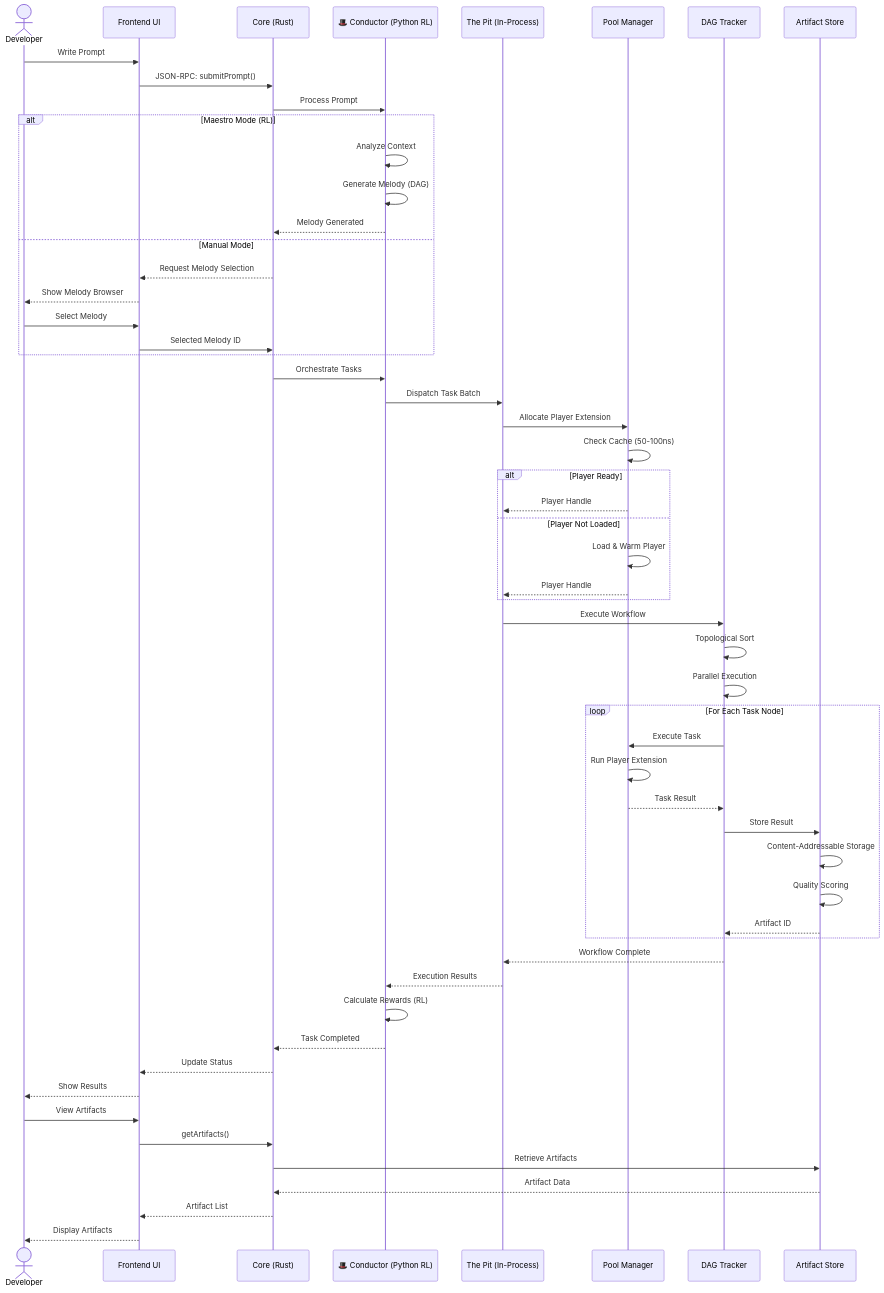
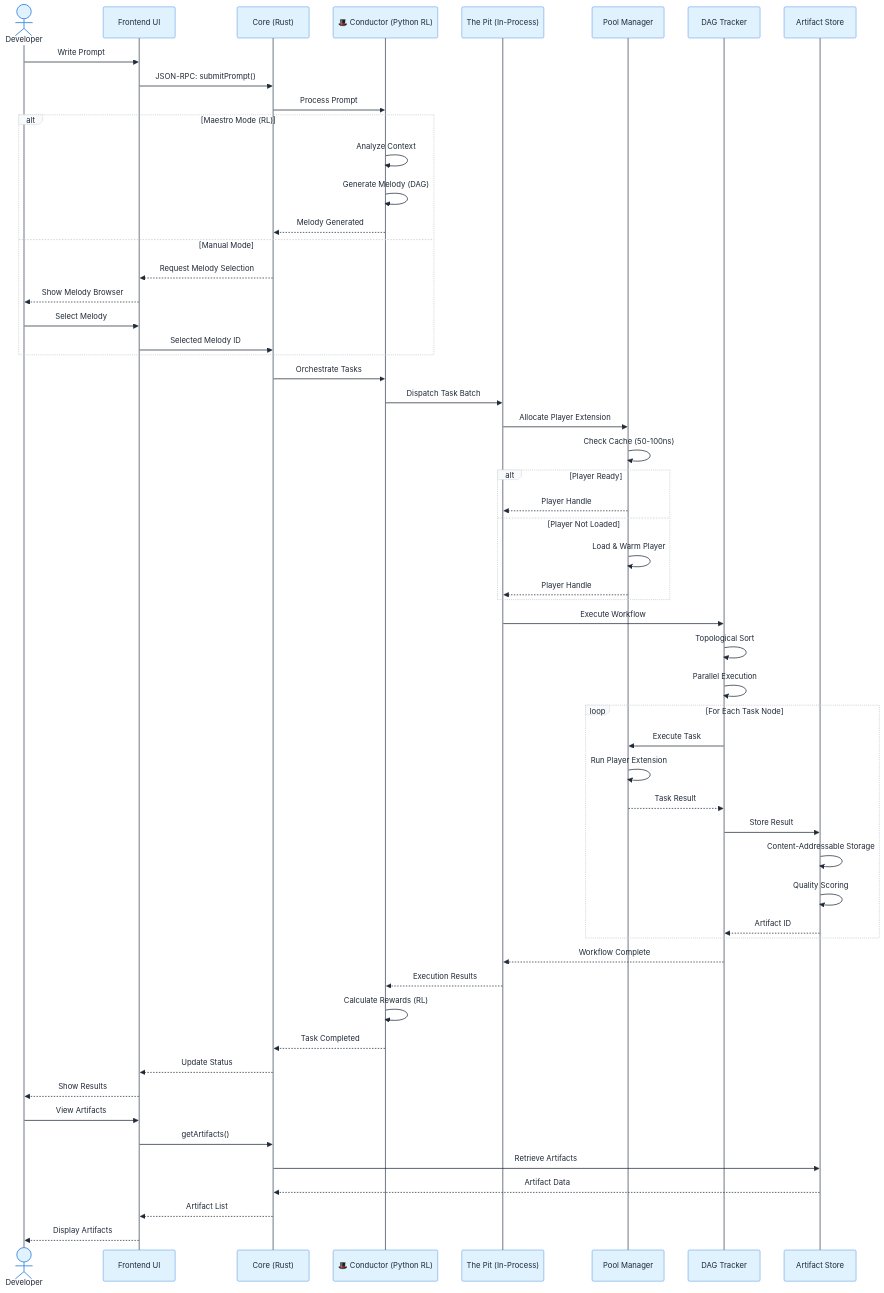
Before and after one commit to Symphony-aide/Symphony: the first of 9 diagrams in SEQUENCE_DIAGRAM.md, drawn with Mermaid. The commit also changed 2 other files, not shown here.

Commit message:
good styling

````diff
--- a/SEQUENCE_DIAGRAM.md
+++ b/SEQUENCE_DIAGRAM.md
@@ -34,66 +34,67 @@
 ```mermaid
+%%{init: {'theme':'base', 'themeVariables': { 'actorBkg':'#e0f2fe', 'actorBorder':'#4a90e2', 'actorTextColor':'#1f2937', 'actorLineColor':'#6b7280', 'signalColor':'#1f2937', 'signalTextColor':'#1f2937', 'labelBoxBkgColor':'#f9fafb', 'labelBoxBorderColor':'#d1d5db', 'labelTextColor':'#1f2937', 'loopTextColor':'#1f2937', 'noteBorderColor':'#4a90e2', 'noteBkgColor':'#f0f9ff', 'noteTextColor':'#1f2937', 'activationBorderColor':'#4a90e2', 'activationBkgColor':'#e0f2fe', 'sequenceNumberColor':'#ffffff'}}}%%
 sequenceDiagram
     actor Dev as Developer
     participant UI as Frontend UI
     participant Core as Core (Rust)
     participant Conductor as 🎩 Conductor (Python RL)
     participant Pit as The Pit (In-Process)
     participant PoolMgr as Pool Manager
     participant DAG as DAG Tracker
     participant Artifact as Artifact Store
     
     Dev->>UI: Write Prompt
     UI->>Core: JSON-RPC: submitPrompt()
     Core->>Conductor: Process Prompt
     
     alt Maestro Mode (RL)
         Conductor->>Conductor: Analyze Context
         Conductor->>Conductor: Generate Melody (DAG)
         Conductor-->>Core: Melody Generated
     else Manual Mode
         Core-->>UI: Request Melody Selection
         UI-->>Dev: Show Melody Browser
         Dev->>UI: Select Melody
         UI->>Core: Selected Melody ID
     end
     
     Core->>Conductor: Orchestrate Tasks
     Conductor->>Pit: Dispatch Task Batch
     
     Pit->>PoolMgr: Allocate Player Extension
     PoolMgr->>PoolMgr: Check Cache (50-100ns)
     alt Player Ready
         PoolMgr-->>Pit: Player Handle
     else Player Not Loaded
         PoolMgr->>PoolMgr: Load & Warm Player
         PoolMgr-->>Pit: Player Handle
     end
     
     Pit->>DAG: Execute Workflow
     DAG->>DAG: Topological Sort
     DAG->>DAG: Parallel Execution
     
     loop For Each Task Node
         DAG->>PoolMgr: Execute Task
         PoolMgr->>PoolMgr: Run Player Extension
         PoolMgr-->>DAG: Task Result
         DAG->>Artifact: Store Result
         Artifact->>Artifact: Content-Addressable Storage
         Artifact->>Artifact: Quality Scoring
         Artifact-->>DAG: Artifact ID
     end
     
     DAG-->>Pit: Workflow Complete
     Pit-->>Conductor: Execution Results
     Conductor->>Conductor: Calculate Rewards (RL)
     Conductor-->>Core: Task Completed
     Core-->>UI: Update Status
     UI-->>Dev: Show Results
     
     Dev->>UI: View Artifacts
     UI->>Core: getArtifacts()
     Core->>Artifact: Retrieve Artifacts
     Artifact-->>Core: Artifact Data
     Core-->>UI: Artifact List
     UI-->>Dev: Display Artifacts
 ```
````
